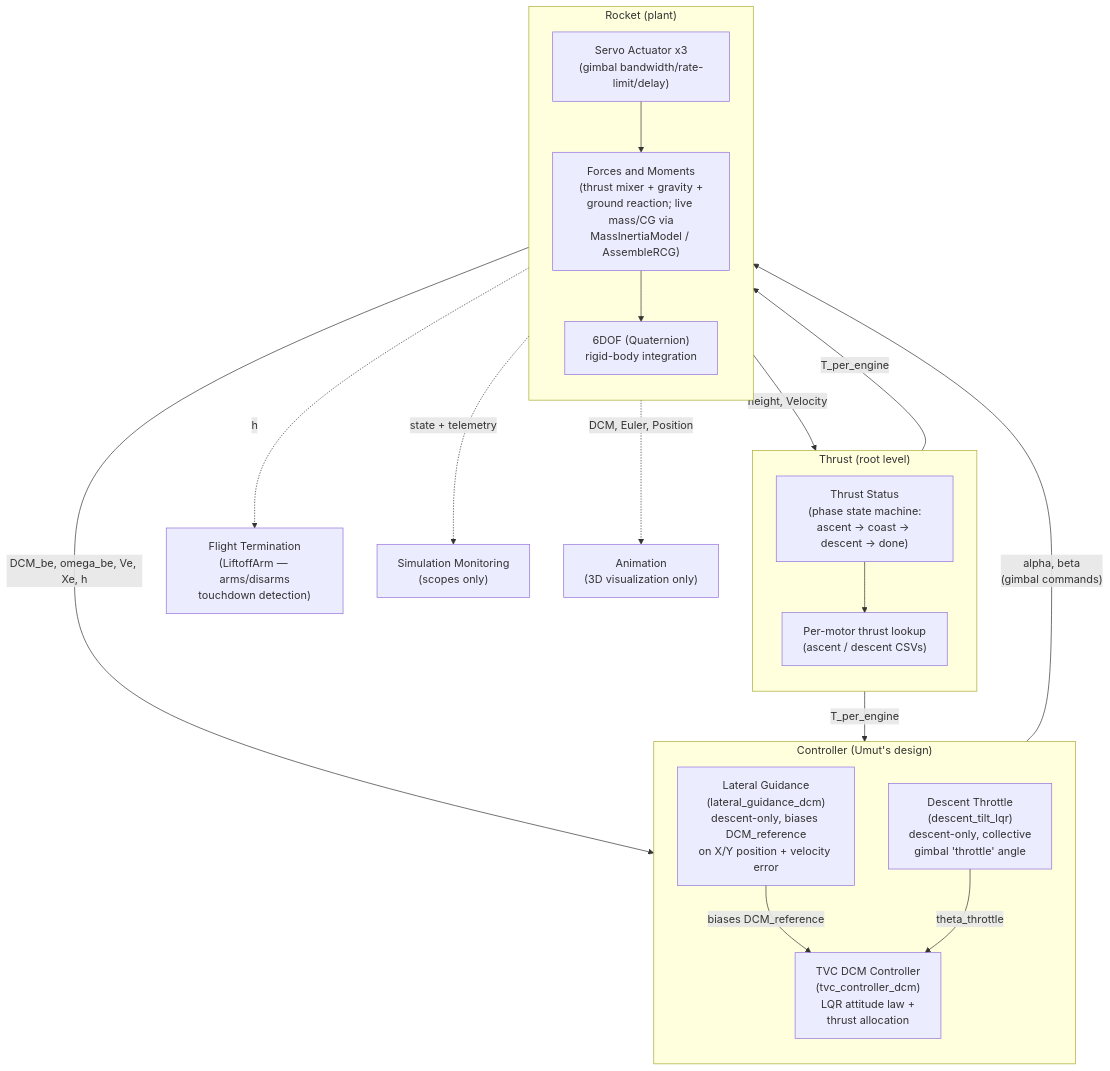
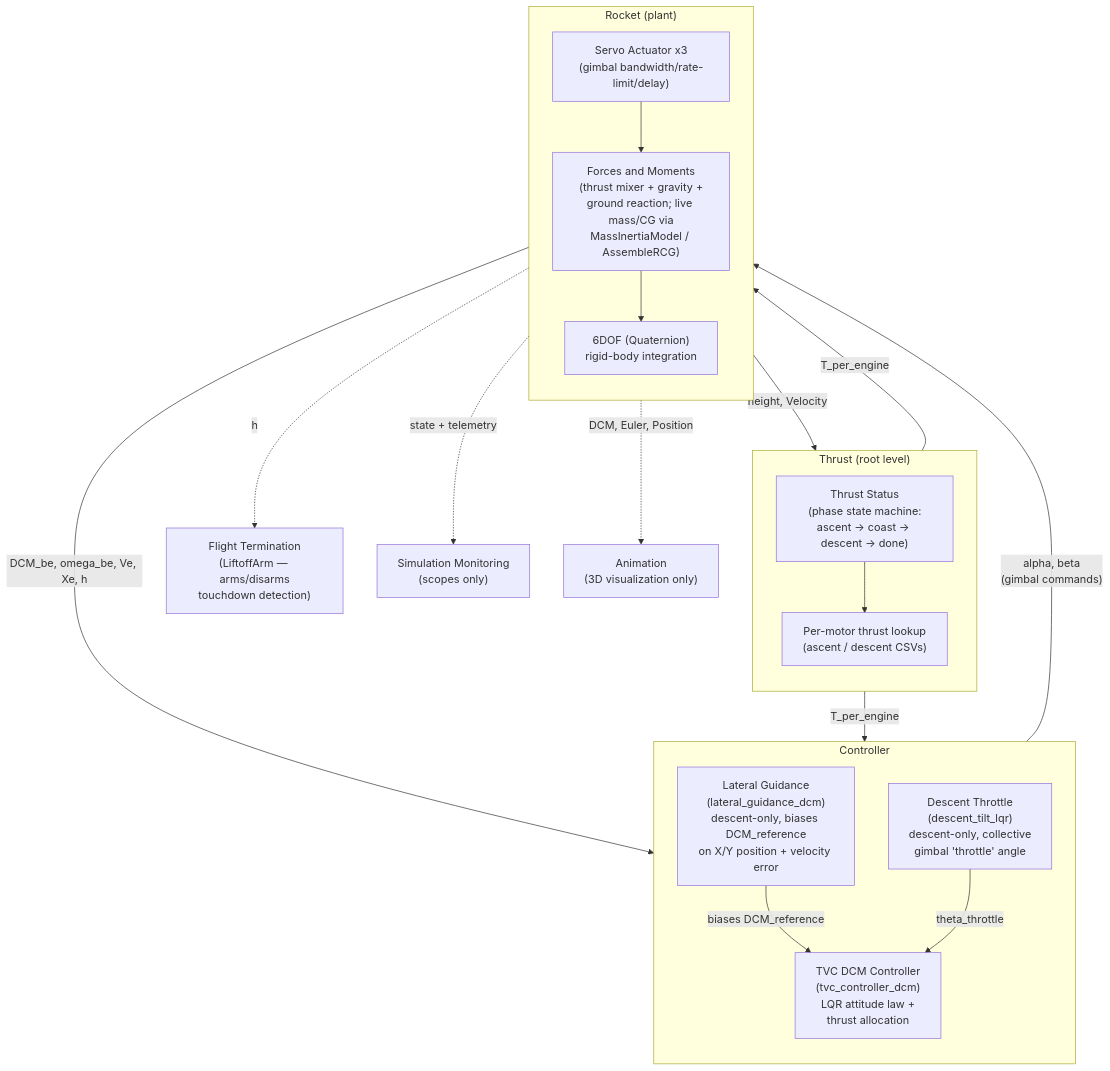
Before and after one commit to carlos2219/ThrustVectorControl_Rocket_6DOF: the diagram in MODEL_WALKTHROUGH.md, drawn with Mermaid. The commit also changed other lines of this file and 3 other files, not shown here.

````diff
--- a/MODEL_WALKTHROUGH.md
+++ b/MODEL_WALKTHROUGH.md
@@ -15,37 +15,37 @@
 ```mermaid
 flowchart TB
     subgraph THRUST["Thrust (root level)"]
         direction TB
         PHASE["Thrust Status<br/>(phase state machine:<br/>ascent → coast → descent → done)"]
         LUT["Per-motor thrust lookup<br/>(ascent / descent CSVs)"]
         PHASE --> LUT
     end
 
-    subgraph CONTROLLER["Controller (Umut's design)"]
+    subgraph CONTROLLER["Controller"]
         direction TB
         LG["Lateral Guidance<br/>(lateral_guidance_dcm)<br/>descent-only, biases DCM_reference<br/>on X/Y position + velocity error"]
         DT["Descent Throttle<br/>(descent_tilt_lqr)<br/>descent-only, collective<br/>gimbal 'throttle' angle"]
         TVC["TVC DCM Controller<br/>(tvc_controller_dcm)<br/>LQR attitude law +<br/>thrust allocation"]
         LG -->|biases DCM_reference| TVC
         DT -->|theta_throttle| TVC
     end
 
     subgraph ROCKET["Rocket (plant)"]
         direction TB
         SERVO["Servo Actuator x3<br/>(gimbal bandwidth/rate-limit/delay)"]
         FM["Forces and Moments<br/>(thrust mixer + gravity +<br/>ground reaction; live mass/CG via<br/>MassInertiaModel / AssembleRCG)"]
         SIXDOF["6DOF (Quaternion)<br/>rigid-body integration"]
         SERVO --> FM --> SIXDOF
     end
 
     LUT -->|T_per_engine| ROCKET
     LUT -->|T_per_engine| CONTROLLER
     CONTROLLER -->|"alpha, beta<br/>(gimbal commands)"| SERVO
 
     SIXDOF -->|DCM_be, omega_be, Ve, Xe, h| CONTROLLER
     SIXDOF -->|height, Velocity| THRUST
 
     SIXDOF -.->|h| FT["Flight Termination<br/>(LiftoffArm — arms/disarms<br/>touchdown detection)"]
     SIXDOF -.->|state + telemetry| MON["Simulation Monitoring<br/>(scopes only)"]
     SIXDOF -.->|DCM, Euler, Position| ANIM["Animation<br/>(3D visualization only)"]
 ```
````
